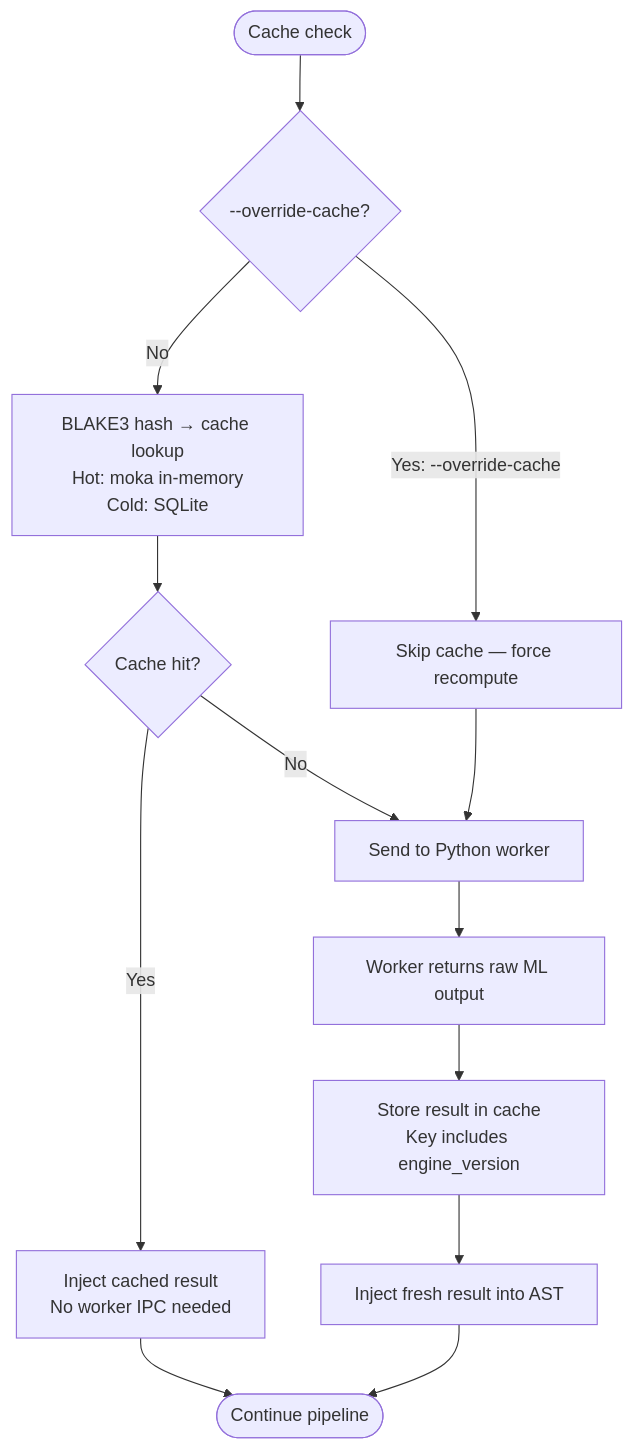
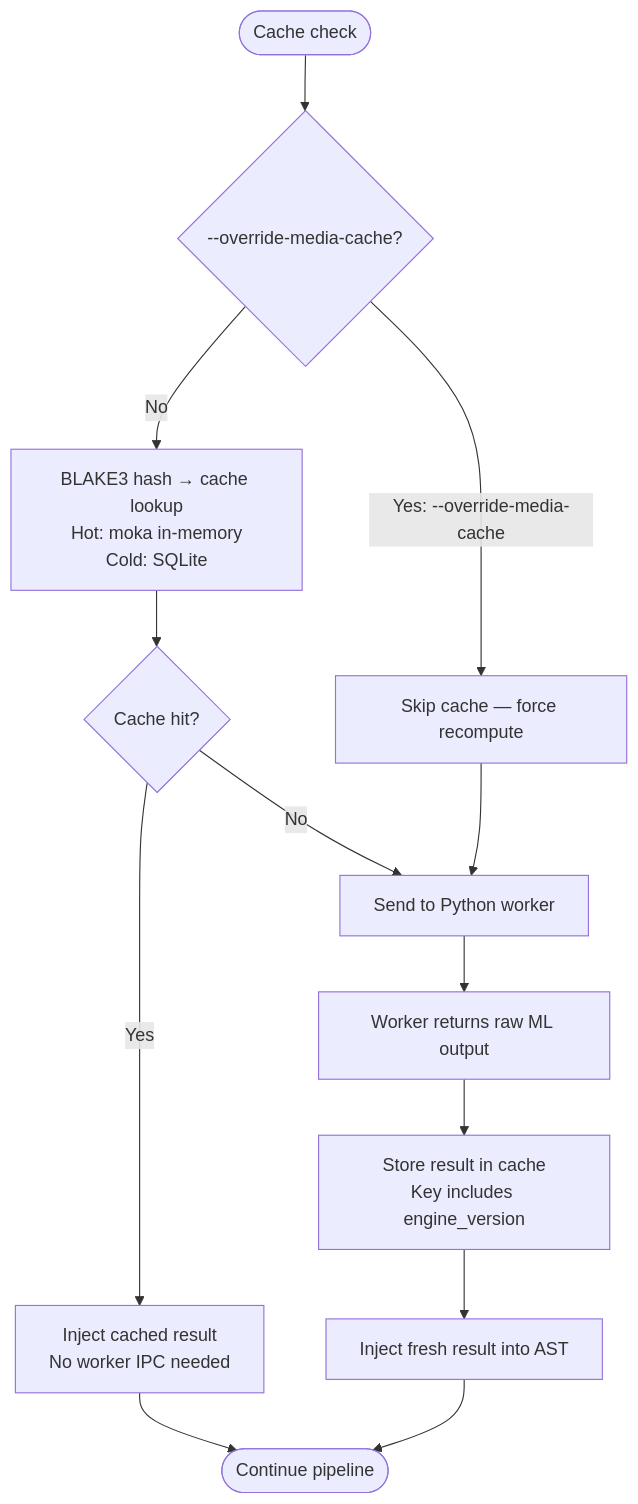
Diagram 13 of 14 in book/src/architecture/command-flowcharts.md (TalkBank/batchalign3), drawn with Mermaid before and after one commit. The commit also changed other lines of this file and 152 other files, not shown here.

````diff
--- a/book/src/architecture/command-flowcharts.md
+++ b/book/src/architecture/command-flowcharts.md
@@ -484,18 +484,18 @@
 ```mermaid
 flowchart TD
-    start([Cache check]) --> policy{--override-cache?}
+    start([Cache check]) --> policy{--override-media-cache?}
     policy -->|No| lookup[BLAKE3 hash → cache lookup\nHot: moka in-memory\nCold: SQLite]
-    policy -->|Yes: --override-cache| skip_cache[Skip cache — force recompute]
+    policy -->|Yes: --override-media-cache| skip_cache[Skip cache — force recompute]
 
     lookup --> hit{Cache hit?}
     hit -->|Yes| inject_cached[Inject cached result\nNo worker IPC needed]
     hit -->|No| miss[Send to Python worker]
 
     skip_cache --> miss
     miss --> infer[Worker returns raw ML output]
     infer --> cache_put[Store result in cache\nKey includes engine_version]
     cache_put --> inject_fresh[Inject fresh result into AST]
 
     inject_cached --> done([Continue pipeline])
     inject_fresh --> done
 ```
````
